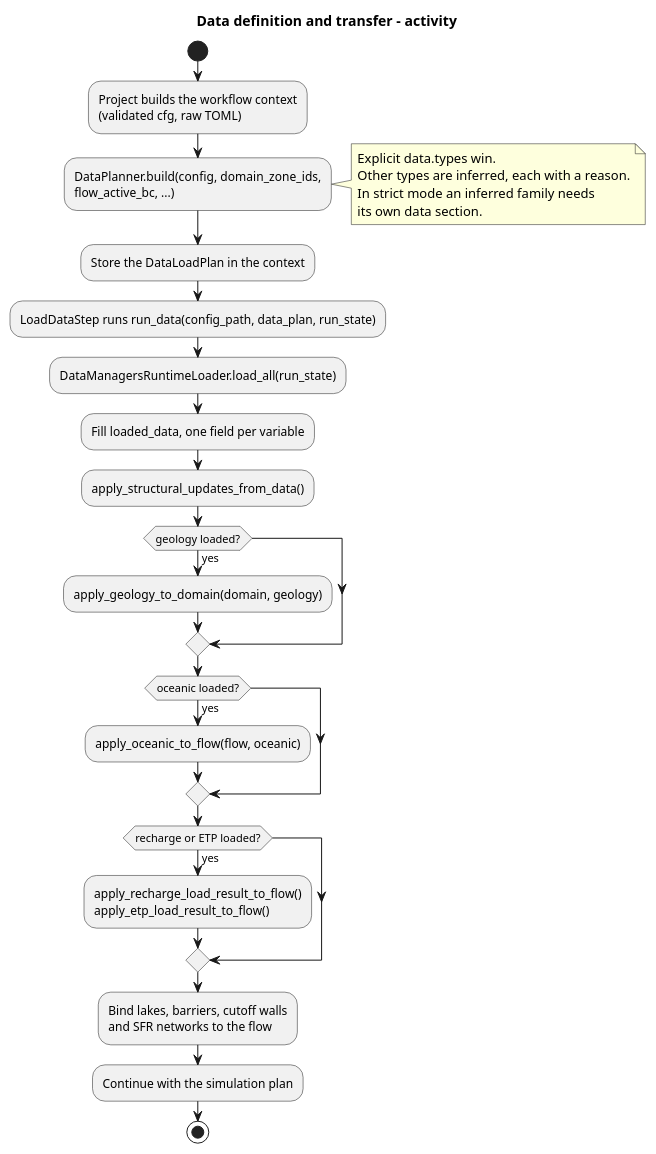
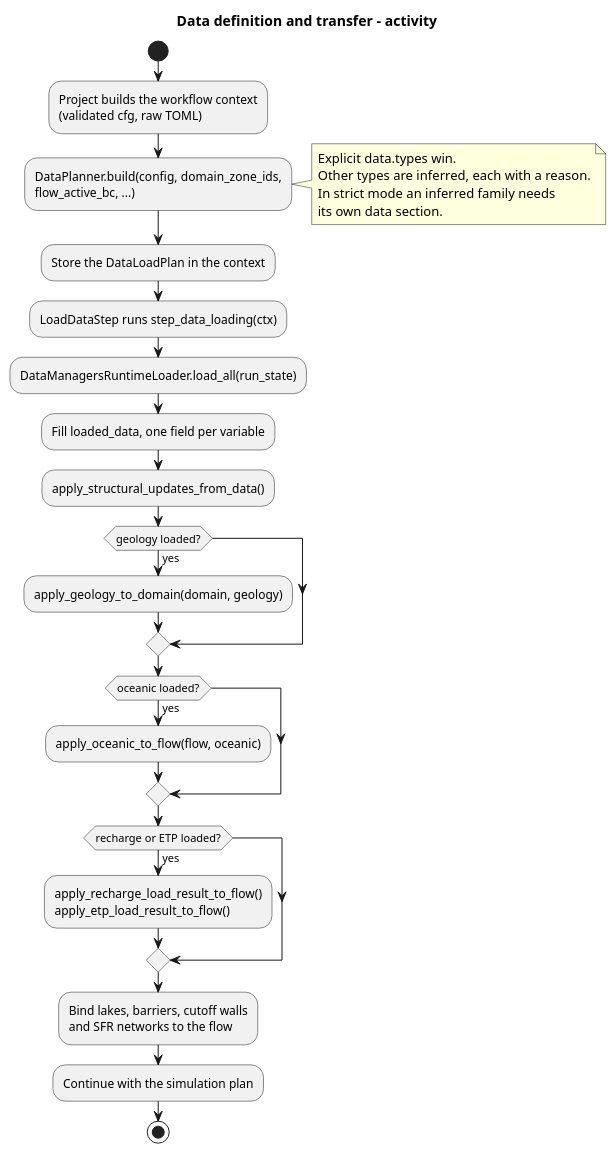
One commit to HydroModPy/HydroModPy changed the diagram in docs/source/contribute/architecture/data_loading/diagrams/data_definition_transfer_activity.wsd. Above: the diagram before and after it, drawn with PlantUML. The commit also changed 338 other files, not shown here.

```diff
--- a/docs/source/contribute/architecture/data_loading/diagrams/data_definition_transfer_activity.wsd
+++ b/docs/source/contribute/architecture/data_loading/diagrams/data_definition_transfer_activity.wsd
@@ -1,35 +1,35 @@
 @startuml
 title Data definition and transfer - activity
 
 start
 
 :Project builds the workflow context\n(validated cfg, raw TOML);
 
 :DataPlanner.build(config, domain_zone_ids,\nflow_active_bc, ...);
 note right
   Explicit data.types win.
   Other types are inferred, each with a reason.
   In strict mode an inferred family needs
   its own data section.
 end note
 :Store the DataLoadPlan in the context;
 
-:LoadDataStep runs run_data(config_path, data_plan, run_state);
+:LoadDataStep runs step_data_loading(ctx);
 :DataManagersRuntimeLoader.load_all(run_state);
 :Fill loaded_data, one field per variable;
 
 :apply_structural_updates_from_data();
 if (geology loaded?) then (yes)
   :apply_geology_to_domain(domain, geology);
 endif
 if (oceanic loaded?) then (yes)
   :apply_oceanic_to_flow(flow, oceanic);
 endif
 if (recharge or ETP loaded?) then (yes)
   :apply_recharge_load_result_to_flow()\napply_etp_load_result_to_flow();
 endif
 :Bind lakes, barriers, cutoff walls\nand SFR networks to the flow;
 
 :Continue with the simulation plan;
 stop
 @enduml
```
